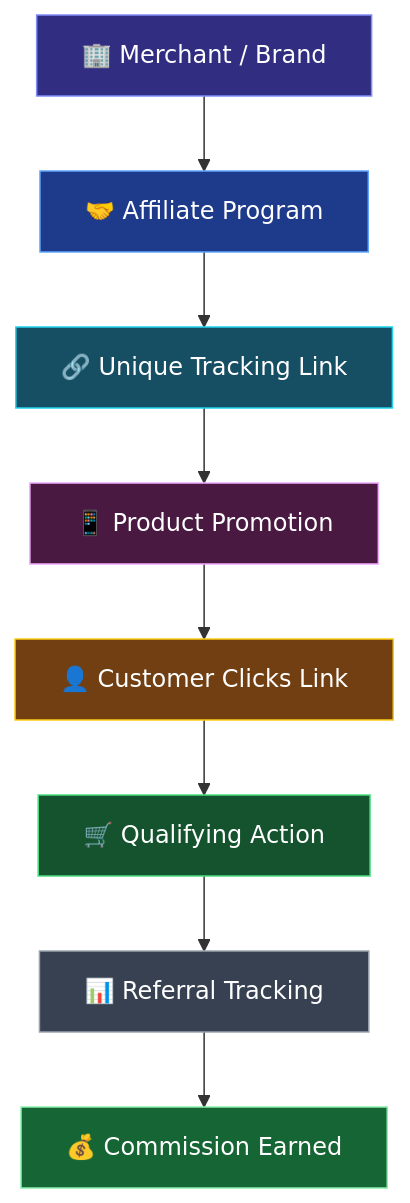
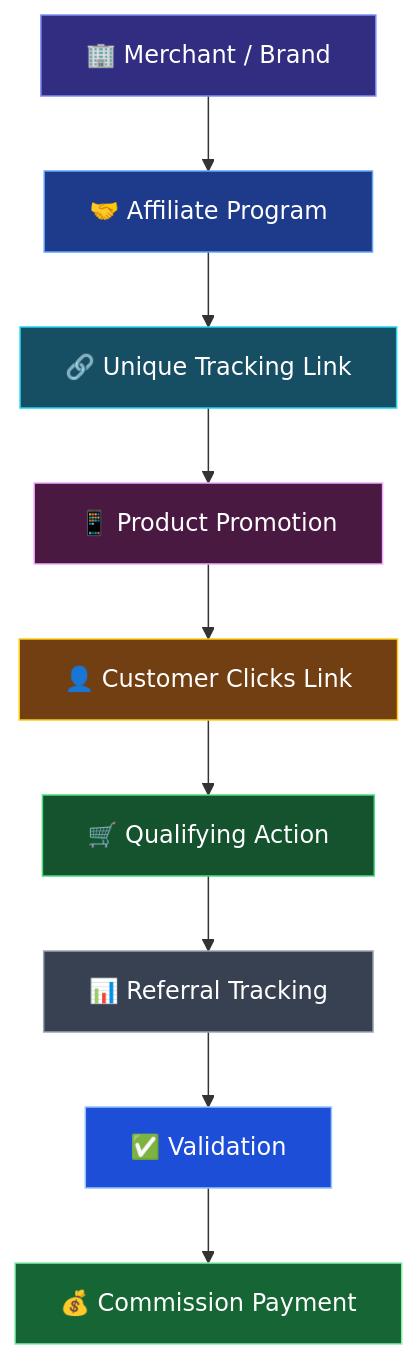
Before and after one commit to yash77258-pro/affiliate-marketing-project: the diagram in Affiliate_Marketing_Readme .md, drawn with Mermaid. The commit also changed other lines of this file, not shown here.

````diff
--- a/Affiliate_Marketing_Readme .md
+++ b/Affiliate_Marketing_Readme .md
@@ -39,19 +105,21 @@
 ```mermaid
 flowchart TD
     A["🏢 Merchant / Brand"] --> B["🤝 Affiliate Program"]
     B --> C["🔗 Unique Tracking Link"]
     C --> D["📱 Product Promotion"]
     D --> E["👤 Customer Clicks Link"]
     E --> F["🛒 Qualifying Action"]
     F --> G["📊 Referral Tracking"]
-    G --> H["💰 Commission Earned"]
+    G --> H["✅ Validation"]
+    H --> I["💰 Commission Payment"]
 
     style A fill:#312e81,color:#ffffff,stroke:#818cf8
     style B fill:#1e3a8a,color:#ffffff,stroke:#60a5fa
     style C fill:#164e63,color:#ffffff,stroke:#22d3ee
     style D fill:#4a1942,color:#ffffff,stroke:#f0abfc
     style E fill:#713f12,color:#ffffff,stroke:#facc15
     style F fill:#14532d,color:#ffffff,stroke:#4ade80
     style G fill:#374151,color:#ffffff,stroke:#9ca3af
-    style H fill:#166534,color:#ffffff,stroke:#86efac
+    style H fill:#1d4ed8,color:#ffffff,stroke:#93c5fd
+    style I fill:#166534,color:#ffffff,stroke:#86efac
 ```
````
